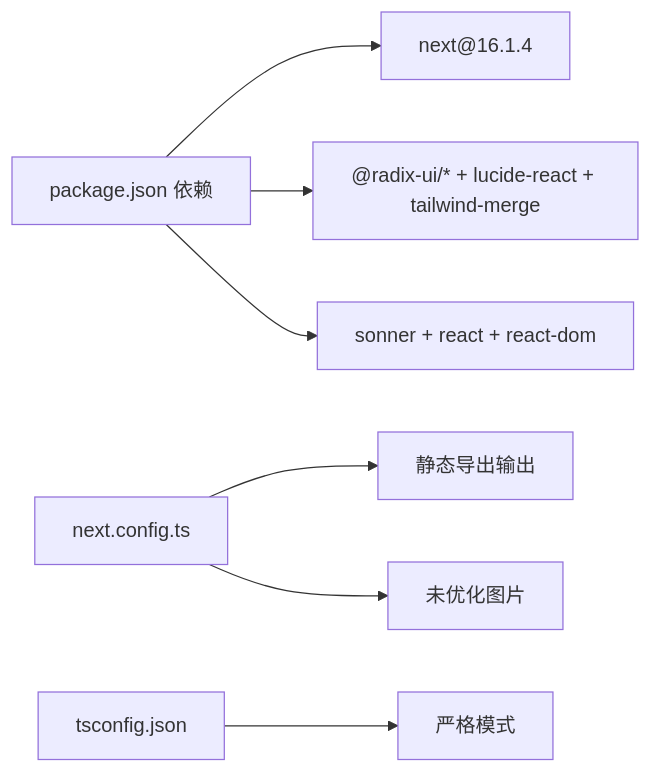
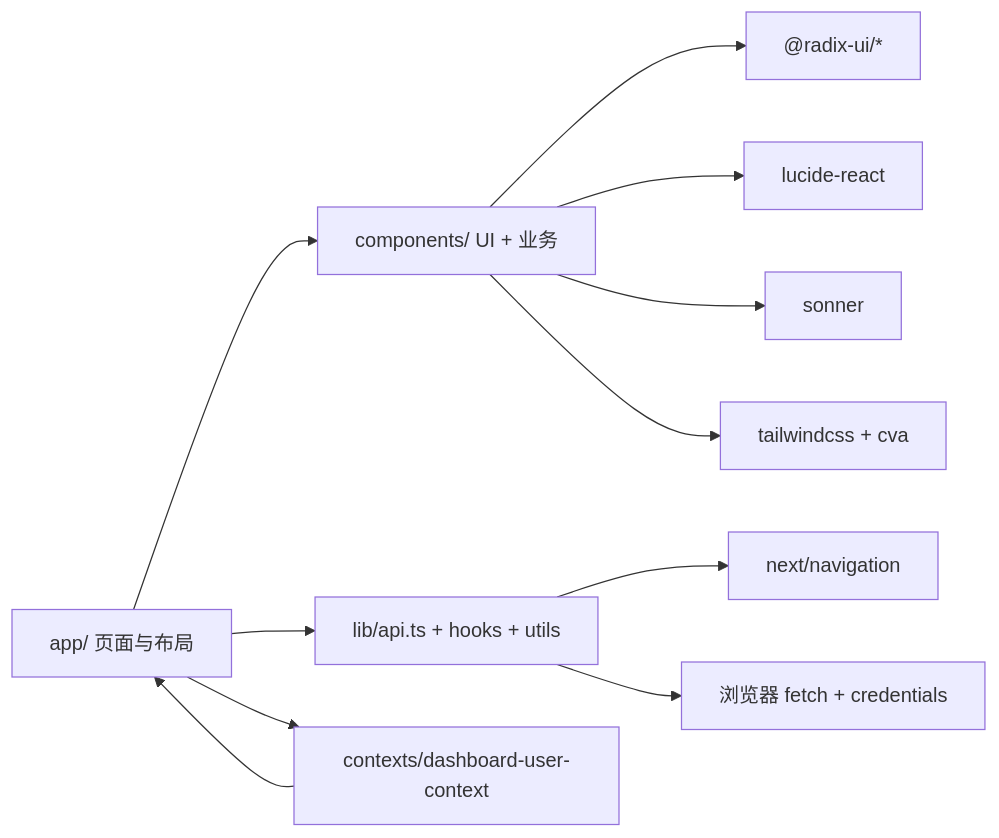
The fifth of 5 diagrams in docs/前端开发指南/前端开发指南.md (x01n/dnsplane), drawn with Mermaid before and after one commit. The commit also changed other lines of this file and 326 other files, not shown here.

````diff
--- a/docs/前端开发指南/前端开发指南.md
+++ b/docs/前端开发指南/前端开发指南.md
@@ -338,9 +426,13 @@
 ```mermaid
 graph LR
-Pkg["package.json 依赖"] --> Next["next@16.1.4"]
-Pkg --> UI["@radix-ui/* + lucide-react + tailwind-merge"]
-Pkg --> Notify["sonner + react + react-dom"]
-Cfg["next.config.ts"] --> Export["静态导出输出"]
-Cfg --> Images["未优化图片"]
-TS["tsconfig.json"] --> Strict["严格模式"]
+  App["app/ 页面与布局"] --> Components["components/ UI + 业务"]
+  App --> Lib["lib/api.ts + hooks + utils"]
+  App --> Contexts["contexts/dashboard-user-context"]
+  Components --> Radix["@radix-ui/*"]
+  Components --> Lucide["lucide-react"]
+  Components --> Sonner["sonner"]
+  Components --> Tailwind["tailwindcss + cva"]
+  Lib --> NextNav["next/navigation"]
+  Lib --> Fetch["浏览器 fetch + credentials"]
+  Contexts --> App
 ```
````
